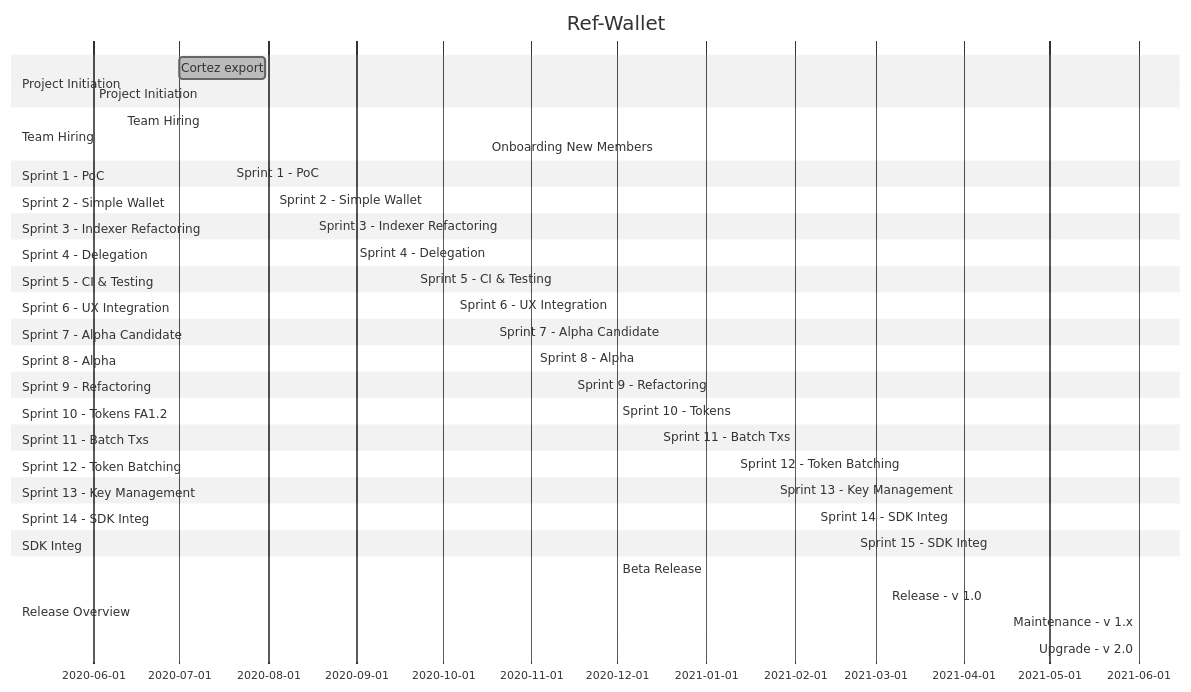
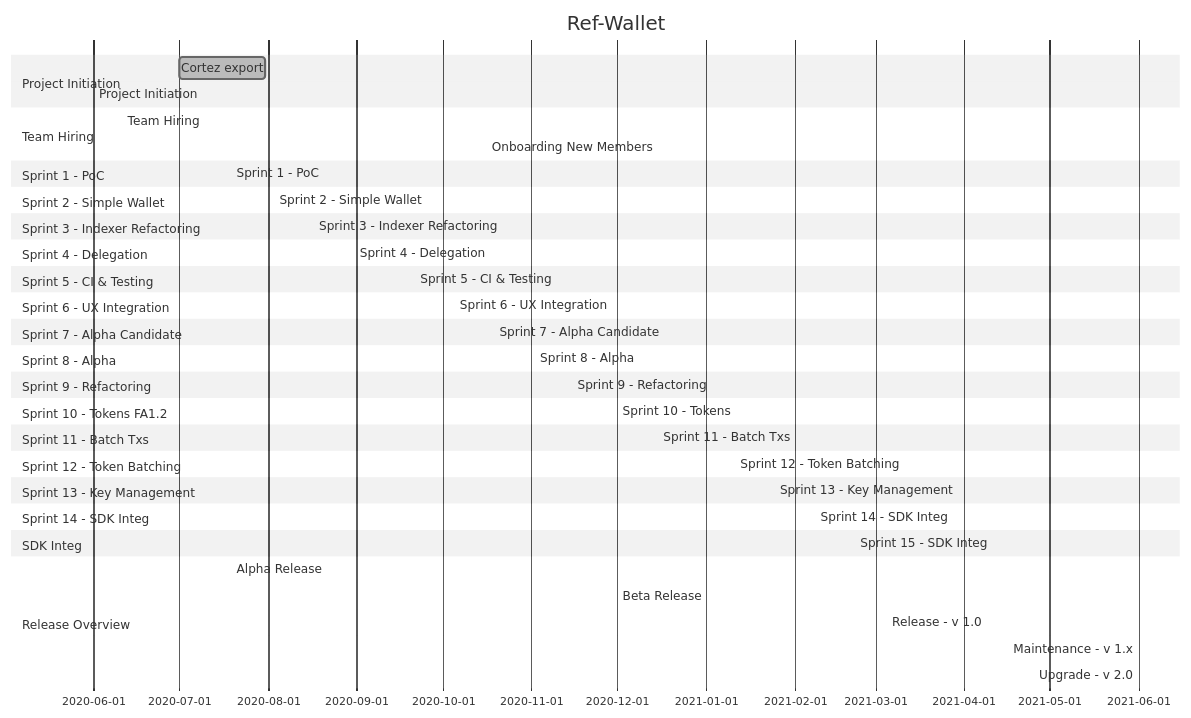
One commit to trilitech/umami-v1 changed the diagram in docs/operative/project_plan.md. Above: the diagram before and after it, drawn with Mermaid (neutral theme).

````diff
--- a/docs/operative/project_plan.md
+++ b/docs/operative/project_plan.md
@@ -35,45 +35,46 @@
 ```mermaid
 gantt
     title Ref-Wallet
     section Project Initiation
     Cortez export                                     :done  , 2020-07-01 , 30d
     Project Initiation                                :done  , 2020-06-01, 2020-07-13
     section Team Hiring
     Team Hiring                                       :done  , 2020-06-11, 2020-09-01
     Onboarding New Members                            :done  , 2020-10-16, 2020-11-01
     section Sprint 1 - PoC
     Sprint 1 - PoC                                    :done  , 2020-07-19, 2020-07-31
     section Sprint 2 - Simple Wallet
     Sprint 2 - Simple Wallet                          :done  , 2020-08-03, 2020-08-14
     section Sprint 3 - Indexer Refactoring
     Sprint 3 - Indexer Refactoring                    :done  , 2020-08-17, 2020-08-28
     section Sprint 4 - Delegation
     Sprint 4 - Delegation                             :done  , 2020-08-31, 2020-09-18
     section Sprint 5 - CI & Testing
     Sprint 5 - CI & Testing                           :done  , 2020-09-21, 2020-10-02
     section Sprint 6 - UX Integration
     Sprint 6 - UX Integration                         :done  , 2020-10-05, 2020-10-16
     section Sprint 7 - Alpha Candidate
     Sprint 7 - Alpha Candidate                        :done  , 2020-10-19, 2020-10-30
     section Sprint 8 - Alpha
     Sprint 8 - Alpha                                  :done  , 2020-11-02, 2020-11-13
     section Sprint 9 - Refactoring
     Sprint 9 - Refactoring                            :done  , 2020-11-15, 2020-11-27
     section Sprint 10 - Tokens FA1.2
     Sprint 10 - Tokens                                :done  , 2020-12-01, 2020-12-11
     section Sprint 11 - Batch Txs
     Sprint 11 - Batch Txs                             :done  , 2020-12-15, 2021-01-08
     section Sprint 12 - Token Batching
     Sprint 12 - Token Batching                        :done  , 2021-01-11, 2021-01-22
     section Sprint 13 - Key Management
     Sprint 13 - Key Management                        :done  , 2021-01-25, 2021-02-05
     section Sprint 14 - SDK Integ
     Sprint 14 - SDK Integ                             :done  , 2021-02-08, 2021-02-19
     section SDK Integ
     Sprint 15 - SDK Integ                             :active, 2021-02-22, 2021-03-05
     section Release Overview
+    Alpha Release                                     :done,   2020-07-19, 2021-12-01
     Beta Release                                      :active, 2020-12-01, 2021-03-05
     Release - v 1.0                                   :active, 2021-03-05, 2021-06-01
     Maintenance - v 1.x                               :active, 2021-06-01, 2021-09-01
     Upgrade - v 2.0                                   :active, 2021-06-01, 2021-09-01
 ```
````
